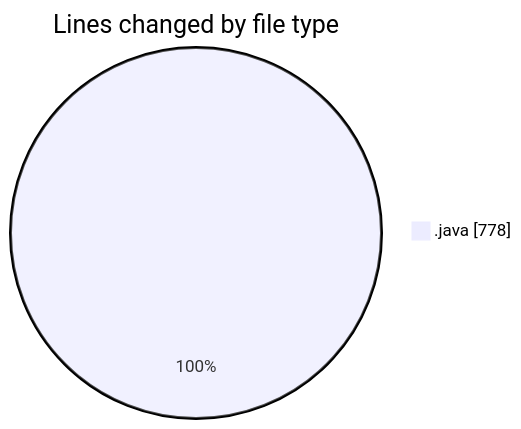
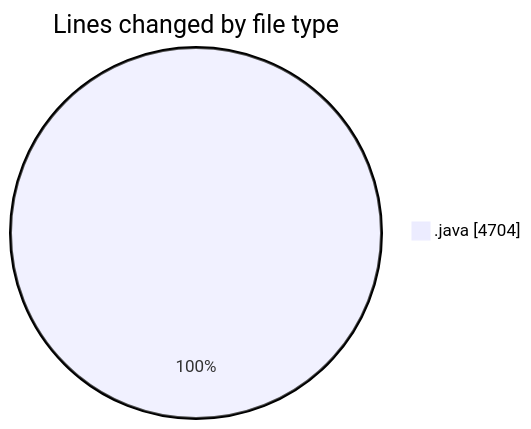
One commit to ricardozamudiocil/code-tracking changed the first of 2 diagrams in 2026-04-09/cilapp/README.md. Above: the diagram before and after it, drawn with Mermaid. The commit also changed other lines of this file and 1 other file, not shown here.

````diff
--- a/2026-04-09/cilapp/README.md
+++ b/2026-04-09/cilapp/README.md
@@ -25,5 +26,5 @@
 ```mermaid
 pie showData
 title Lines changed by file type
-".java" : 778
+".java" : 4704
 ```
````
